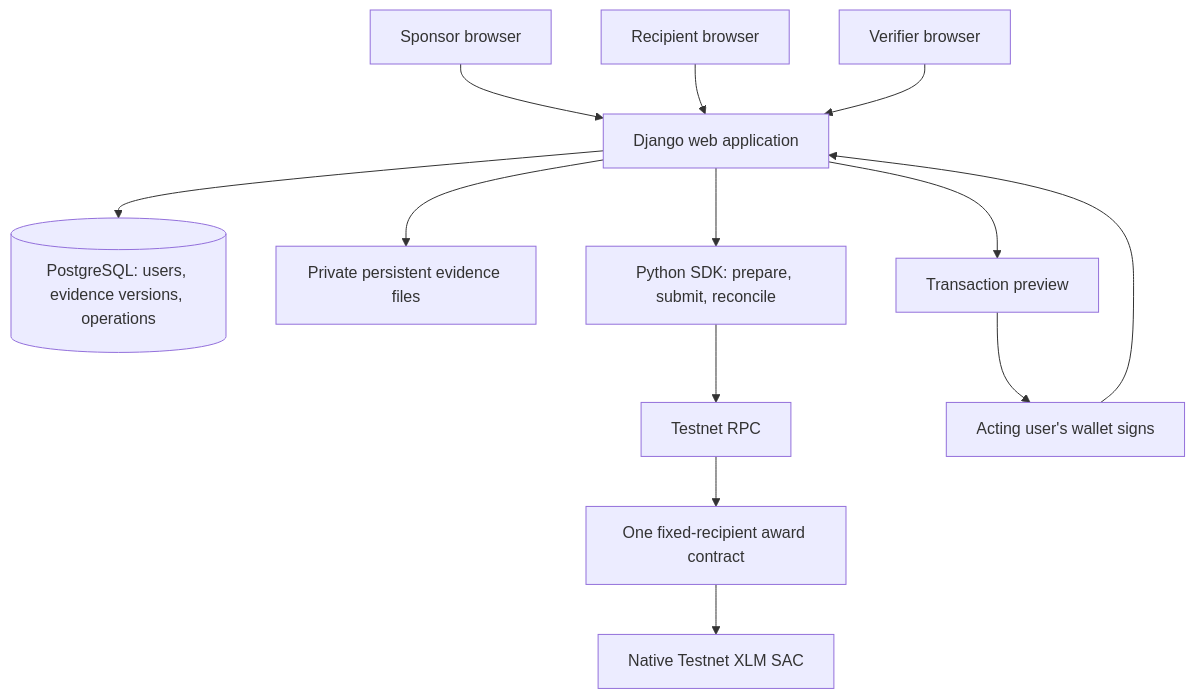
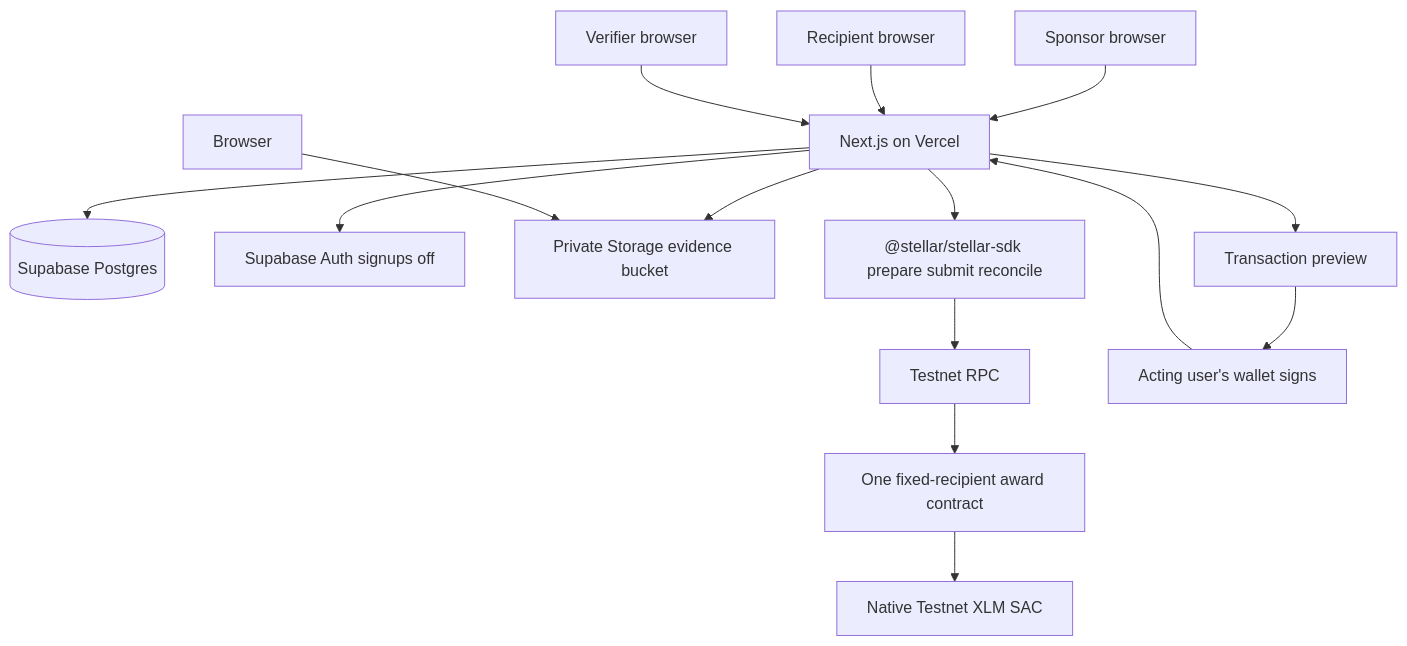
The diagram in docs/ARCHITECTURE.md (jasper890/Fundora), drawn with Mermaid before and after one commit. The commit also changed other lines of this file and 89 other files, not shown here.

First line of the commit message:
feat: scaffold Next.js Supabase runtime with role-door entry

````diff
--- a/docs/ARCHITECTURE.md
+++ b/docs/ARCHITECTURE.md
@@ -7,15 +9,17 @@
 ```mermaid
 flowchart TB
-  S[Sponsor browser] --> APP[Django web application]
+  S[Sponsor browser] --> APP[Next.js on Vercel]
   R[Recipient browser] --> APP
   V[Verifier browser] --> APP
-  APP --> DB[(PostgreSQL: users, evidence versions, operations)]
-  APP --> STORE[Private persistent evidence files]
-  APP --> SDK[Python SDK: prepare, submit, reconcile]
+  APP --> DB[(Supabase Postgres)]
+  APP --> AUTH[Supabase Auth signups off]
+  APP --> STORE[Private Storage evidence bucket]
+  Browser --> STORE
+  APP --> SDK["@stellar/stellar-sdk prepare submit reconcile"]
   SDK --> RPC[Testnet RPC]
   RPC --> C[One fixed-recipient award contract]
   C --> SAC[Native Testnet XLM SAC]
   APP --> PREVIEW[Transaction preview]
   PREVIEW --> WALLET[Acting user's wallet signs]
   WALLET --> APP
 ```
````
